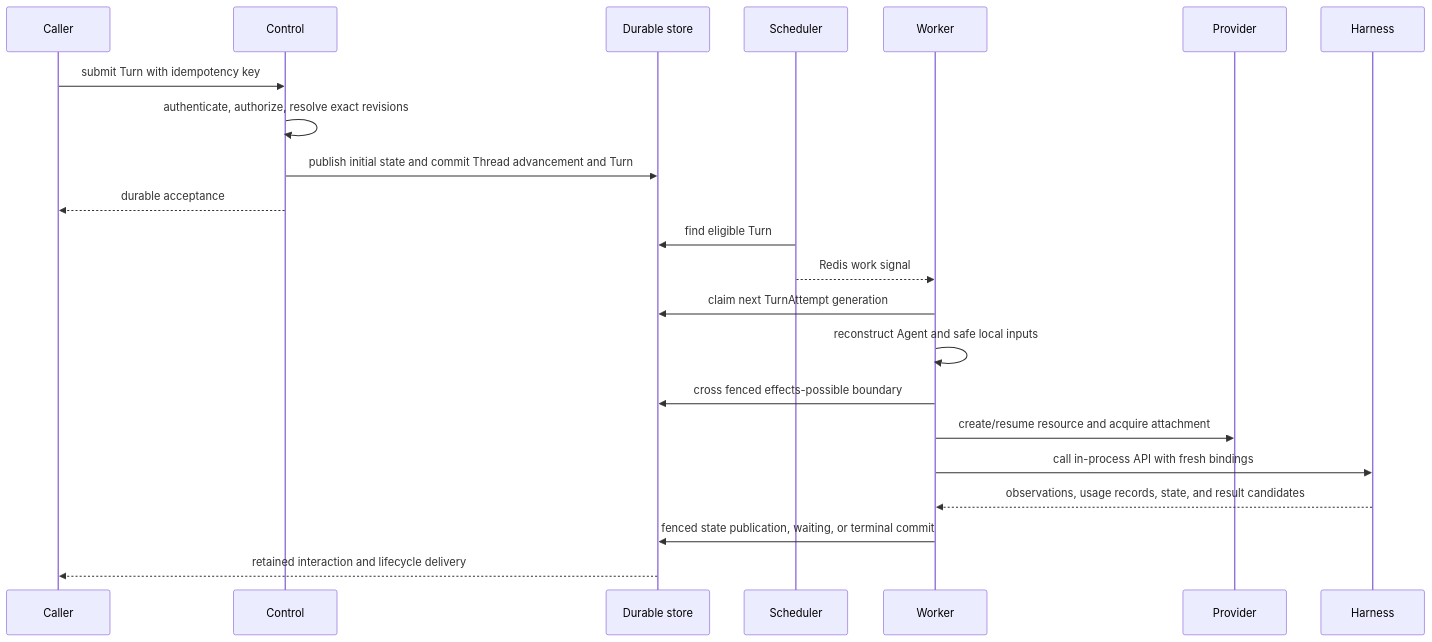
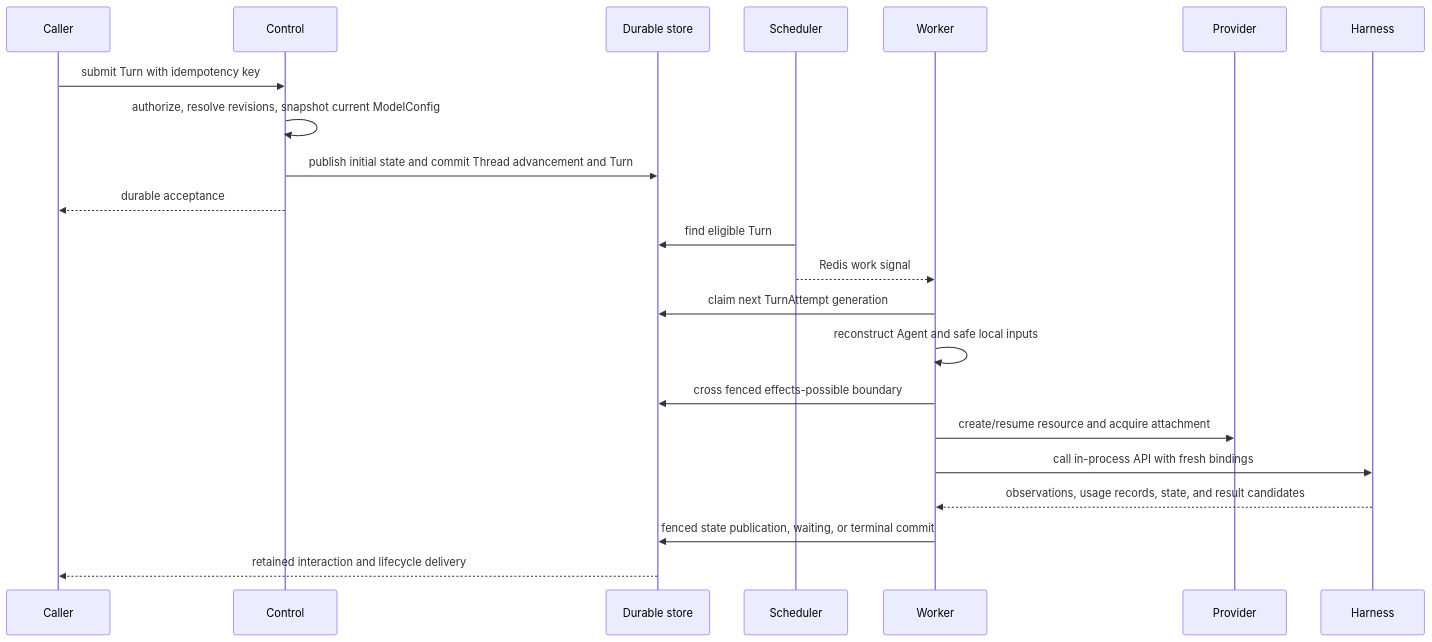
One commit to LTThreeComma/agent-foundation changed the second of 3 diagrams in spec/foundation-service/00-overview.md. Above: the diagram before and after it, drawn with Mermaid. The commit also changed other lines of this file and 16 other files, not shown here.

````diff
--- a/spec/foundation-service/00-overview.md
+++ b/spec/foundation-service/00-overview.md
@@ -97,25 +97,25 @@
 ```mermaid
 sequenceDiagram
     participant Caller
     participant Control
     participant DB as Durable store
     participant Scheduler
     participant Worker
     participant Provider
     participant Harness
 
     Caller->>Control: submit Turn with idempotency key
-    Control->>Control: authenticate, authorize, resolve exact revisions
+    Control->>Control: authorize, resolve revisions, snapshot current ModelConfig
     Control->>DB: publish initial state and commit Thread advancement and Turn
     Control-->>Caller: durable acceptance
     Scheduler->>DB: find eligible Turn
     Scheduler-->>Worker: Redis work signal
     Worker->>DB: claim next TurnAttempt generation
     Worker->>Worker: reconstruct Agent and safe local inputs
     Worker->>DB: cross fenced effects-possible boundary
     Worker->>Provider: create/resume resource and acquire attachment
     Worker->>Harness: call in-process API with fresh bindings
     Harness-->>Worker: observations, usage records, state, and result candidates
     Worker->>DB: fenced state publication, waiting, or terminal commit
     DB-->>Caller: retained interaction and lifecycle delivery
 ```
````
